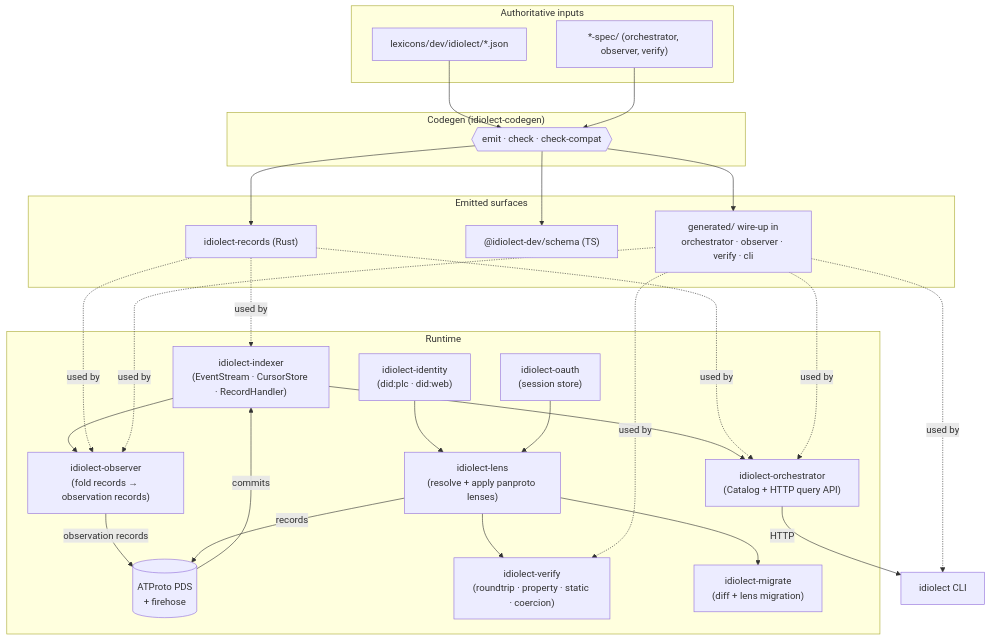
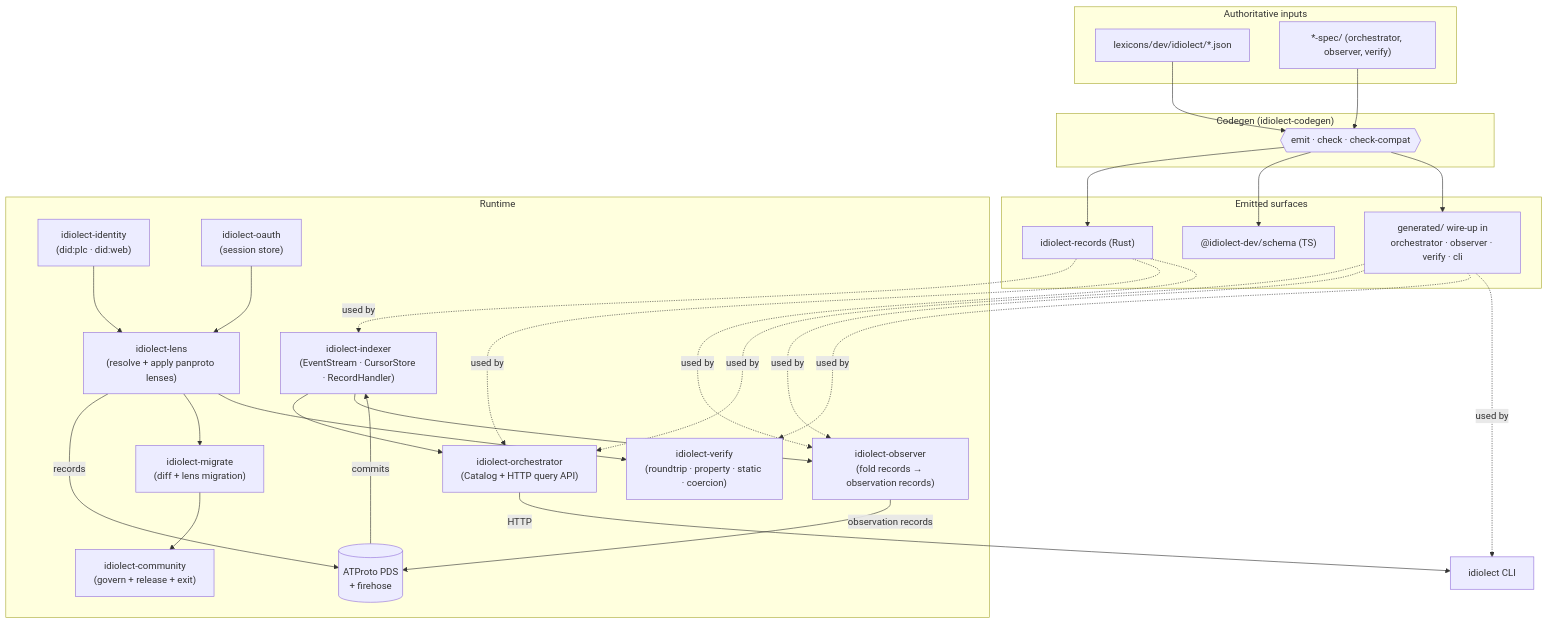
One commit to idiolect-dev/idiolect changed the diagram in README.md. Above: the diagram before and after it, drawn with Mermaid. The commit also changed other lines of this file and 142 other files, not shown here.

````diff
--- a/README.md
+++ b/README.md
@@ -42,56 +48,58 @@
 ```mermaid
 flowchart TB
     subgraph sources["Authoritative inputs"]
         LEX["lexicons/dev/idiolect/*.json"]
         SPEC["*-spec/ (orchestrator, observer, verify)"]
     end
 
     subgraph codegen["Codegen (idiolect-codegen)"]
         CG{{"emit · check · check-compat"}}
     end
 
     subgraph emitted["Emitted surfaces"]
         RECS["idiolect-records (Rust)"]
         NPM["@idiolect-dev/schema (TS)"]
         WIRE["generated/ wire-up in<br/>orchestrator · observer · verify · cli"]
     end
 
     subgraph runtime["Runtime"]
         PDS[("ATProto PDS<br/>+ firehose")]
         IDX["idiolect-indexer<br/>(EventStream · CursorStore · RecordHandler)"]
         ORC["idiolect-orchestrator<br/>(Catalog + HTTP query API)"]
         OBS["idiolect-observer<br/>(fold records → observation records)"]
         VER["idiolect-verify<br/>(roundtrip · property · static · coercion)"]
         MIG["idiolect-migrate<br/>(diff + lens migration)"]
+        COMCTL["idiolect-community<br/>(govern + release + exit)"]
         LENS["idiolect-lens<br/>(resolve + apply panproto lenses)"]
         ID["idiolect-identity<br/>(did:plc · did:web)"]
         OAUTH["idiolect-oauth<br/>(session store)"]
     end
 
     CLI["idiolect CLI"]
 
     LEX --> CG
     SPEC --> CG
     CG --> RECS
     CG --> NPM
     CG --> WIRE
 
     PDS -->|commits| IDX
     IDX --> ORC
     IDX --> OBS
     OBS -->|observation records| PDS
     LENS -->|records| PDS
     ID --> LENS
     OAUTH --> LENS
     ORC -->|HTTP| CLI
     LENS --> MIG
+    MIG --> COMCTL
     LENS --> VER
 
     RECS -.used by.-> IDX
     RECS -.used by.-> ORC
     RECS -.used by.-> OBS
     WIRE -.used by.-> ORC
     WIRE -.used by.-> OBS
     WIRE -.used by.-> VER
     WIRE -.used by.-> CLI
 ```
````
